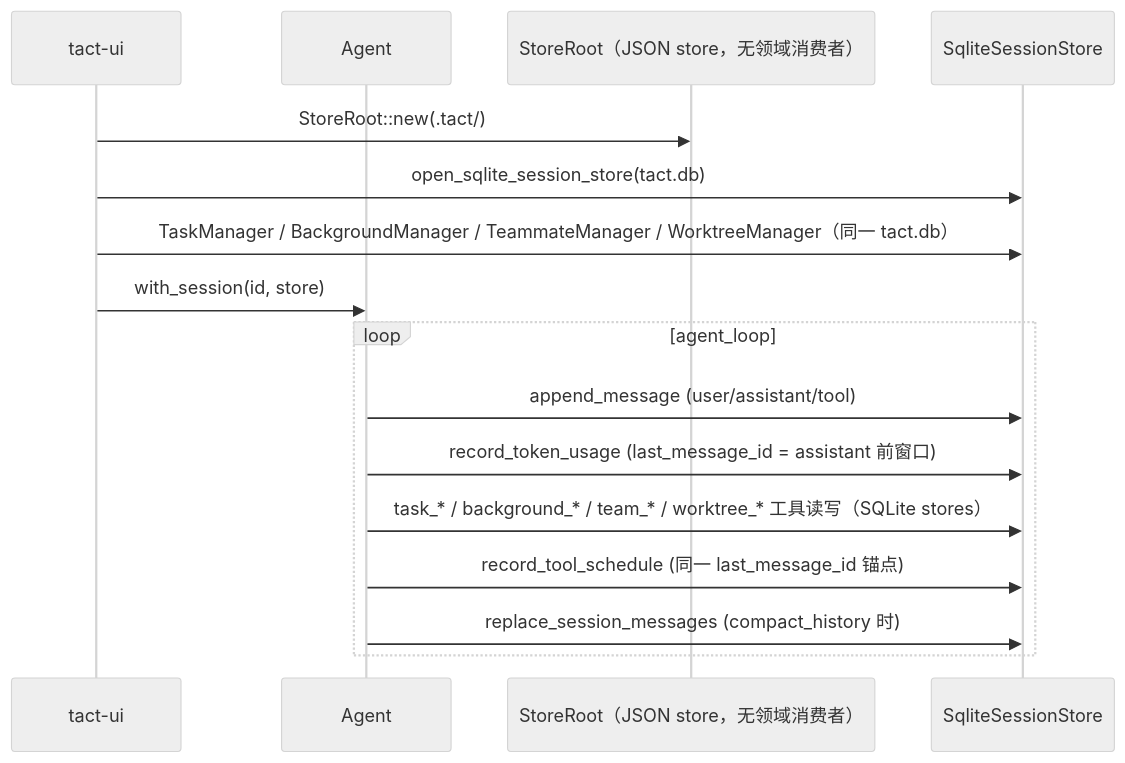
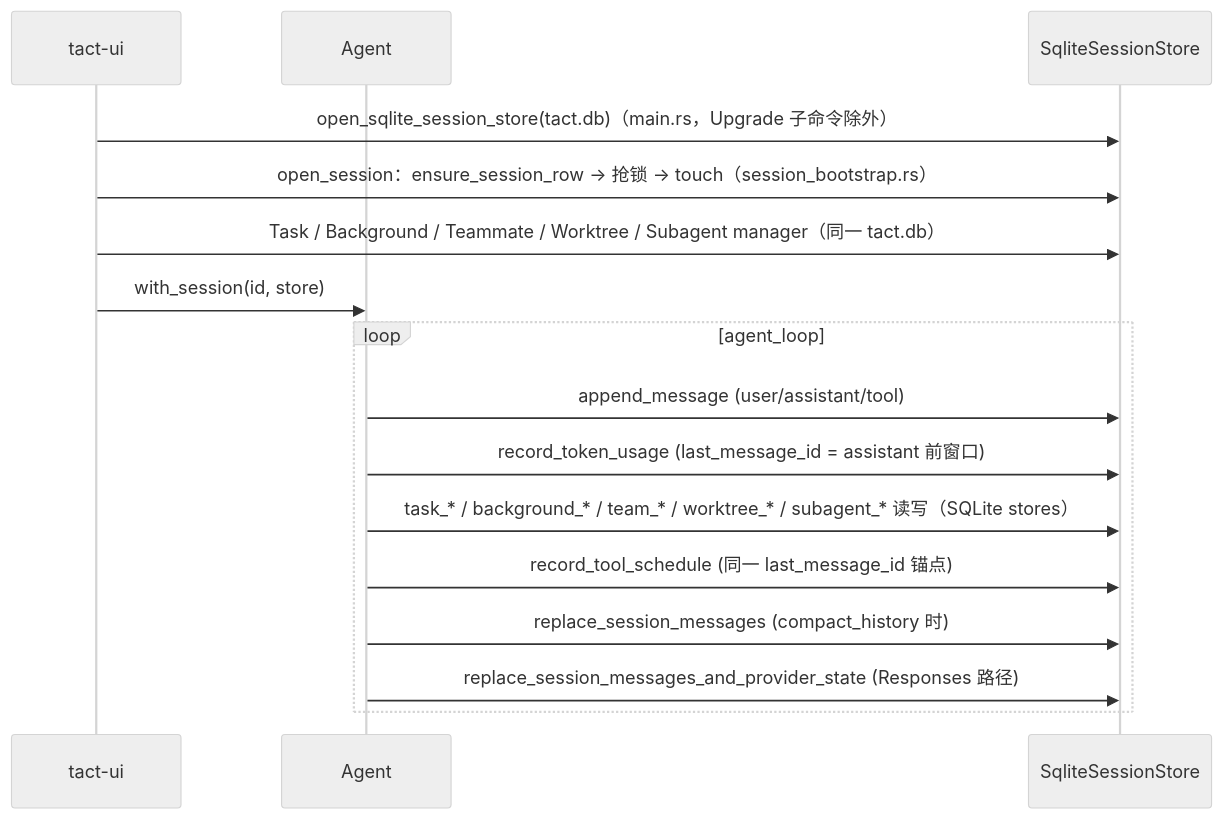
One commit to rust-infra/tact changed the second of 2 diagrams in book/01_chapter_store_zh.md. Above: the diagram before and after it, drawn with Mermaid (neutral theme). The commit also changed other lines of this file and 16 other files, not shown here.

````diff
--- a/book/01_chapter_store_zh.md
+++ b/book/01_chapter_store_zh.md
@@ -170,20 +187,20 @@
 ```mermaid
 sequenceDiagram
     participant TUI as tact-ui
     participant Agent
-    participant JSON as StoreRoot（JSON store，无领域消费者）
     participant SQL as SqliteSessionStore
 
-    TUI->>JSON: StoreRoot::new(.tact/)
-    TUI->>SQL: open_sqlite_session_store(tact.db)
-    TUI->>SQL: TaskManager / BackgroundManager / TeammateManager / WorktreeManager（同一 tact.db）
+    TUI->>SQL: open_sqlite_session_store(tact.db)（main.rs，Upgrade 子命令除外）
+    TUI->>SQL: open_session：ensure_session_row → 抢锁 → touch（session_bootstrap.rs）
+    TUI->>SQL: Task / Background / Teammate / Worktree / Subagent manager（同一 tact.db）
     TUI->>Agent: with_session(id, store)
 
     loop agent_loop
         Agent->>SQL: append_message (user/assistant/tool)
         Agent->>SQL: record_token_usage (last_message_id = assistant 前窗口)
-        Agent->>SQL: task_* / background_* / team_* / worktree_* 工具读写（SQLite stores）
+        Agent->>SQL: task_* / background_* / team_* / worktree_* / subagent_* 读写（SQLite stores）
         Agent->>SQL: record_tool_schedule (同一 last_message_id 锚点)
         Agent->>SQL: replace_session_messages (compact_history 时)
+        Agent->>SQL: replace_session_messages_and_provider_state (Responses 路径)
     end
 ```
````
